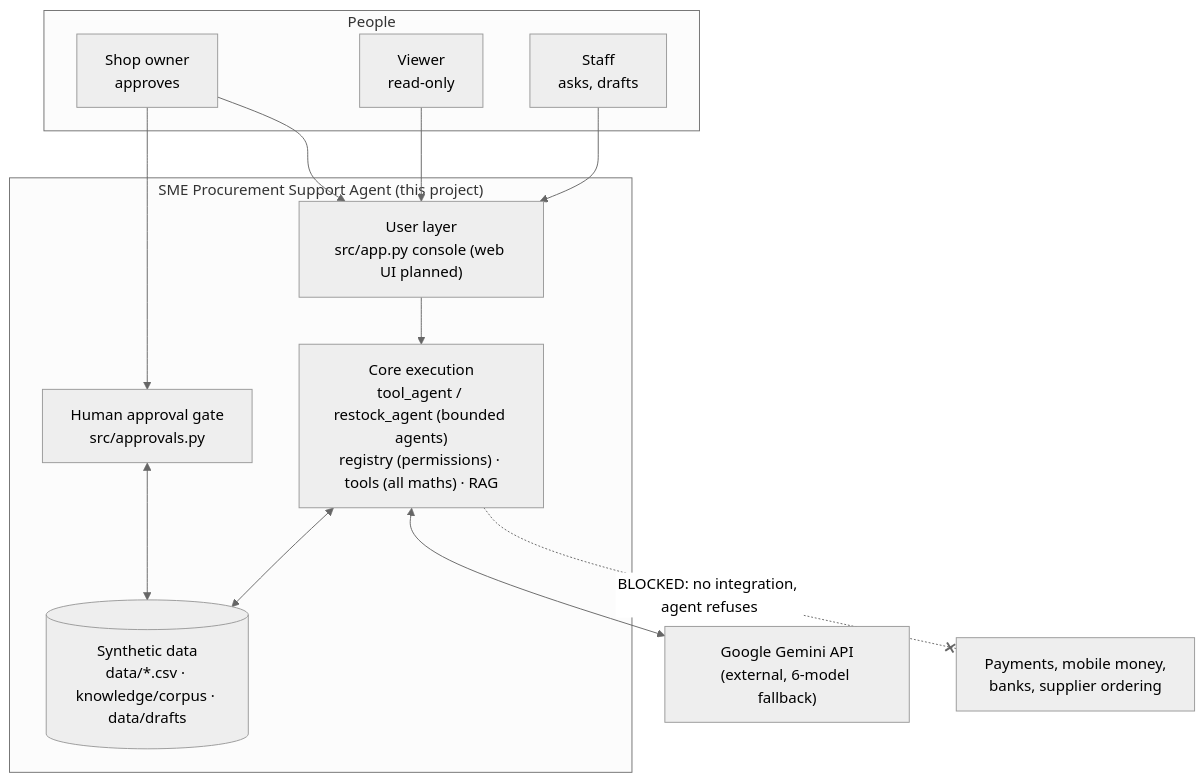
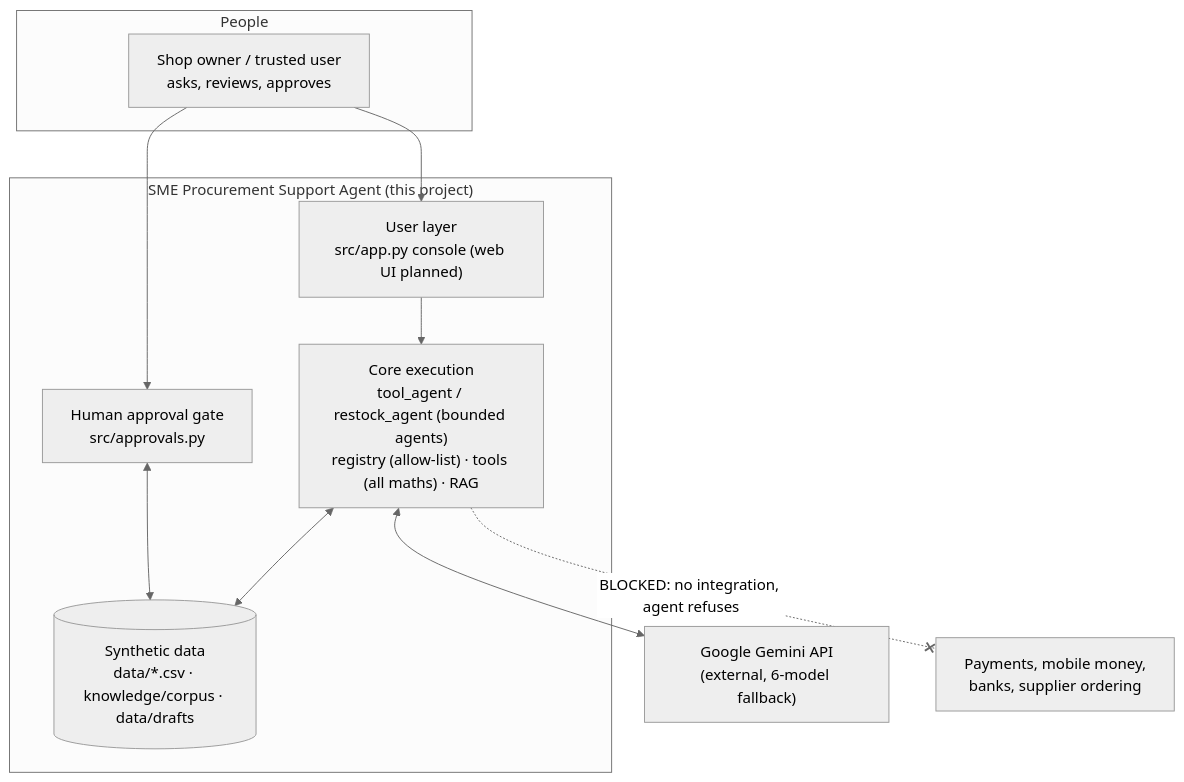
One commit to AJmight/Capstone_project- changed the diagram in docs/architecture/context-diagram.md. Above: the diagram before and after it, drawn with Mermaid (neutral theme). The commit also changed other lines of this file and 56 other files, not shown here.

Commit message:
Week 5: agent task contract, three execution traces, bounded autonomy evidence

````diff
--- a/docs/architecture/context-diagram.md
+++ b/docs/architecture/context-diagram.md
@@ -6,28 +6,24 @@
 ```mermaid
 flowchart TB
     subgraph USERS["People"]
-        O[Shop owner<br/>approves]
-        S[Staff<br/>asks, drafts]
-        V[Viewer<br/>read-only]
+        O[Shop owner / trusted user<br/>asks, reviews, approves]
     end
 
     subgraph SYS["SME Procurement Support Agent (this project)"]
         UI["User layer<br/>src/app.py console (web UI planned)"]
         GATE["Human approval gate<br/>src/approvals.py"]
-        CORE["Core execution<br/>tool_agent / restock_agent (bounded agents)<br/>registry (permissions) · tools (all maths) · RAG"]
+        CORE["Core execution<br/>tool_agent / restock_agent (bounded agents)<br/>registry (allow-list) · tools (all maths) · RAG"]
         DATA[("Synthetic data<br/>data/*.csv · knowledge/corpus · data/drafts")]
     end
 
     G["Google Gemini API<br/>(external, 6-model fallback)"]
     X["Payments, mobile money,<br/>banks, supplier ordering"]
 
-    S --> UI
-    V --> UI
     O --> UI
     O --> GATE
     UI --> CORE
     CORE <--> G
     CORE <--> DATA
     GATE <--> DATA
     CORE -. "BLOCKED: no integration, agent refuses" .-x X
 ```
````
